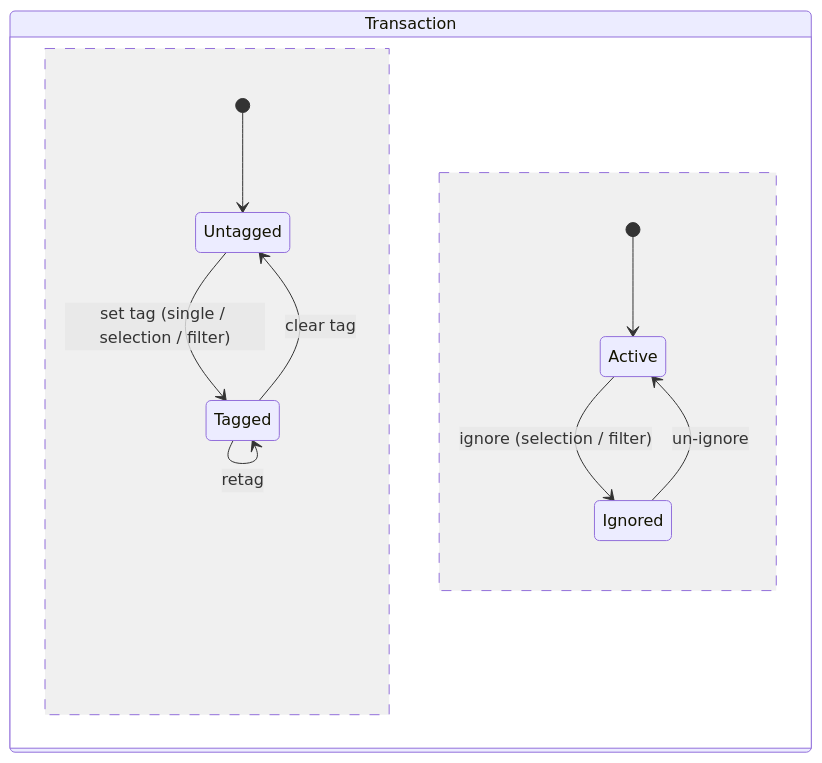
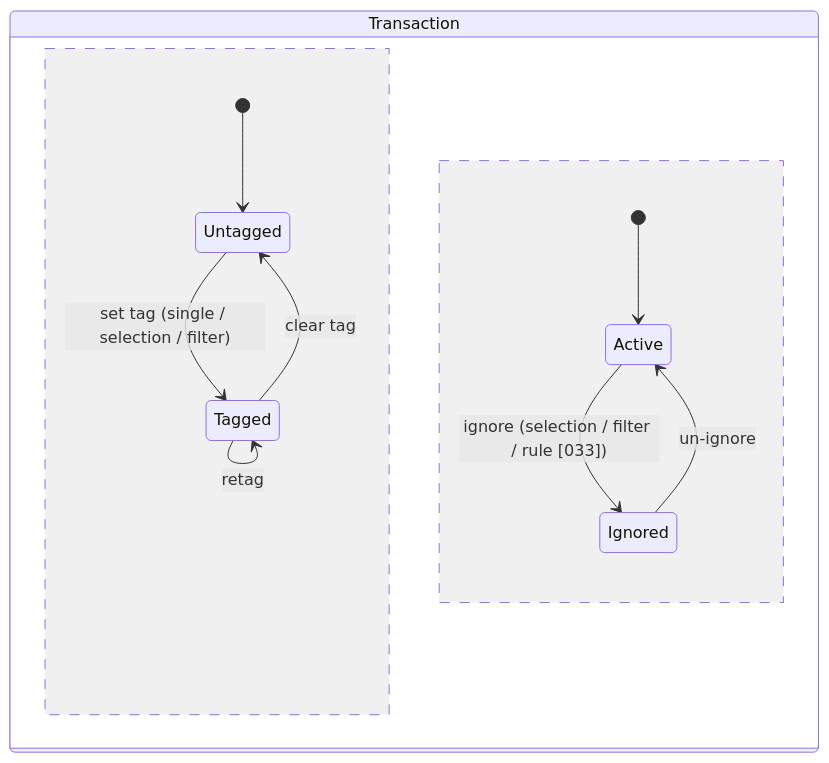
The third of 4 diagrams in apps/api/docs/features/[009]_CASHFLOW.md (lennardclaproth/ta11y), drawn with Mermaid before and after one commit. The commit also changed other lines of this file and 32 other files, not shown here.

````diff
--- a/apps/api/docs/features/[009]_CASHFLOW.md
+++ b/apps/api/docs/features/[009]_CASHFLOW.md
@@ -141,13 +144,13 @@
 ```mermaid
 stateDiagram-v2
     state Transaction {
         [*] --> Untagged
         Untagged --> Tagged : set tag (single / selection / filter)
         Tagged --> Tagged : retag
         Tagged --> Untagged : clear tag
         --
         [*] --> Active
-        Active --> Ignored : ignore (selection / filter)
+        Active --> Ignored : ignore (selection / filter / rule [033])
         Ignored --> Active : un-ignore
     }
 ```
````
